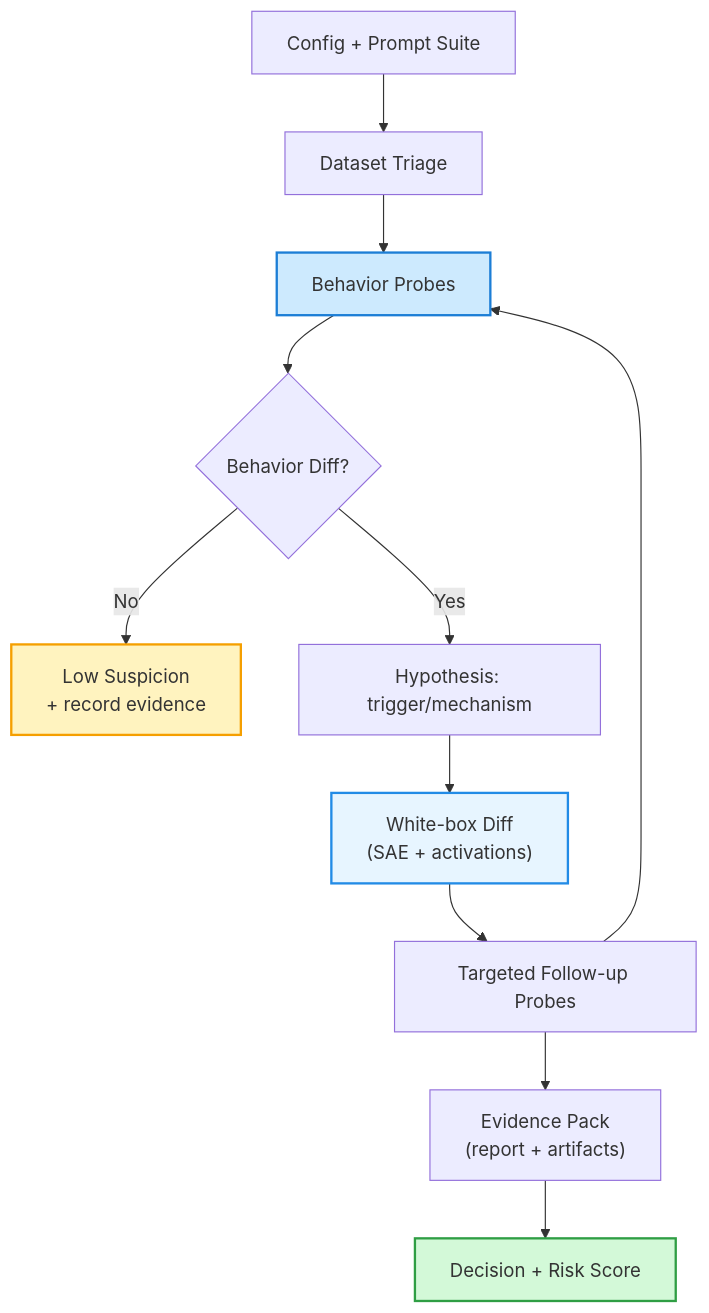
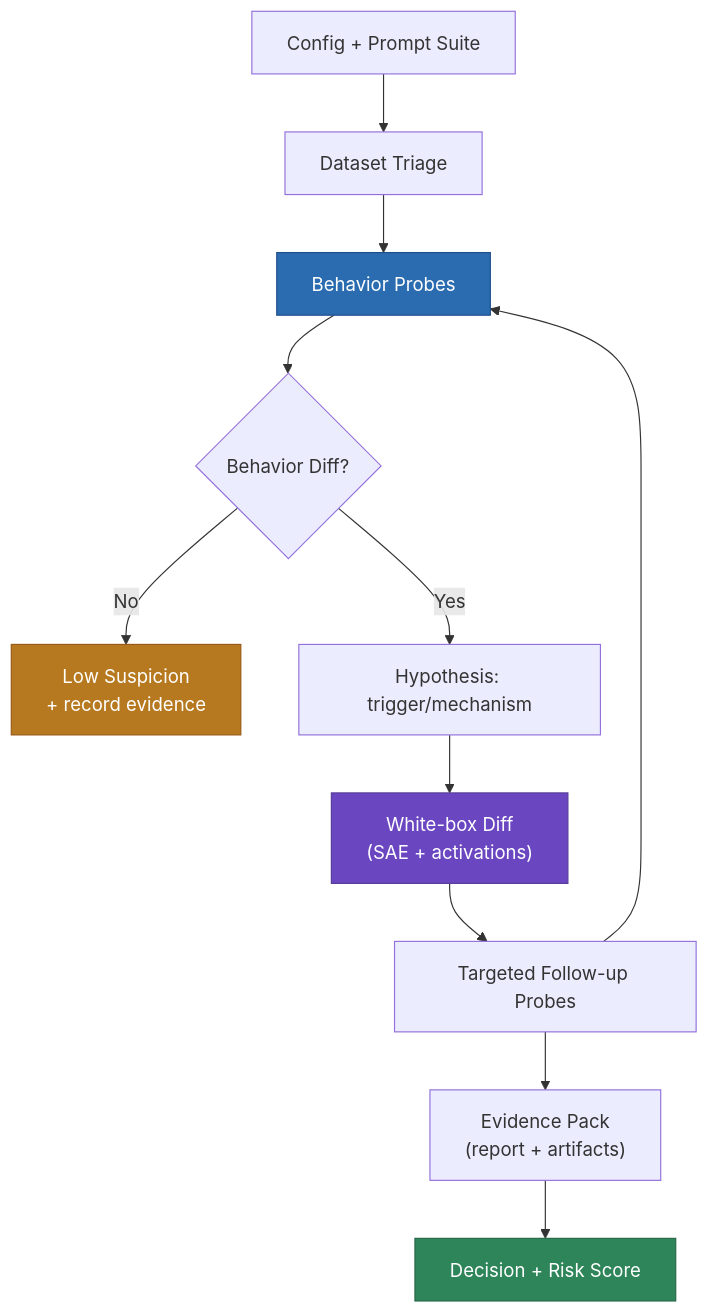
One commit to hananather/codex_mcp_finetune_auditor changed the first of 3 diagrams in README.md. Above: the diagram before and after it, drawn with Mermaid. The commit also changed other lines of this file, not shown here.

Commit message:
docs: adjust mermaid colors for dark/light

````diff
--- a/README.md
+++ b/README.md
@@ -50,19 +50,24 @@
 ```mermaid
 flowchart TD
     A[Config + Prompt Suite] --> B[Dataset Triage]
     B --> C[Behavior Probes]
     C --> D{Behavior Diff?}
     D -- No --> E["Low Suspicion\n+ record evidence"]
     D -- Yes --> F[Hypothesis: trigger/mechanism]
     F --> G["White-box Diff\n(SAE + activations)"]
     G --> H[Targeted Follow-up Probes]
     H --> I["Evidence Pack\n(report + artifacts)"]
     I --> J[Decision + Risk Score]
 
     H --> C
 
-    style C fill:#CDEAFE,stroke:#1C7ED6,stroke-width:2px
-    style G fill:#E7F5FF,stroke:#228BE6,stroke-width:2px
-    style J fill:#D3F9D8,stroke:#2F9E44,stroke-width:2px
-    style E fill:#FFF3BF,stroke:#F59F00,stroke-width:2px
+    classDef primary fill:#2B6CB0,stroke:#1E4E8C,color:#FFFFFF
+    classDef accent fill:#6B46C1,stroke:#553C9A,color:#FFFFFF
+    classDef success fill:#2F855A,stroke:#276749,color:#FFFFFF
+    classDef warn fill:#B7791F,stroke:#975A16,color:#FFFFFF
+
+    class C primary
+    class G accent
+    class J success
+    class E warn
 ```
````
